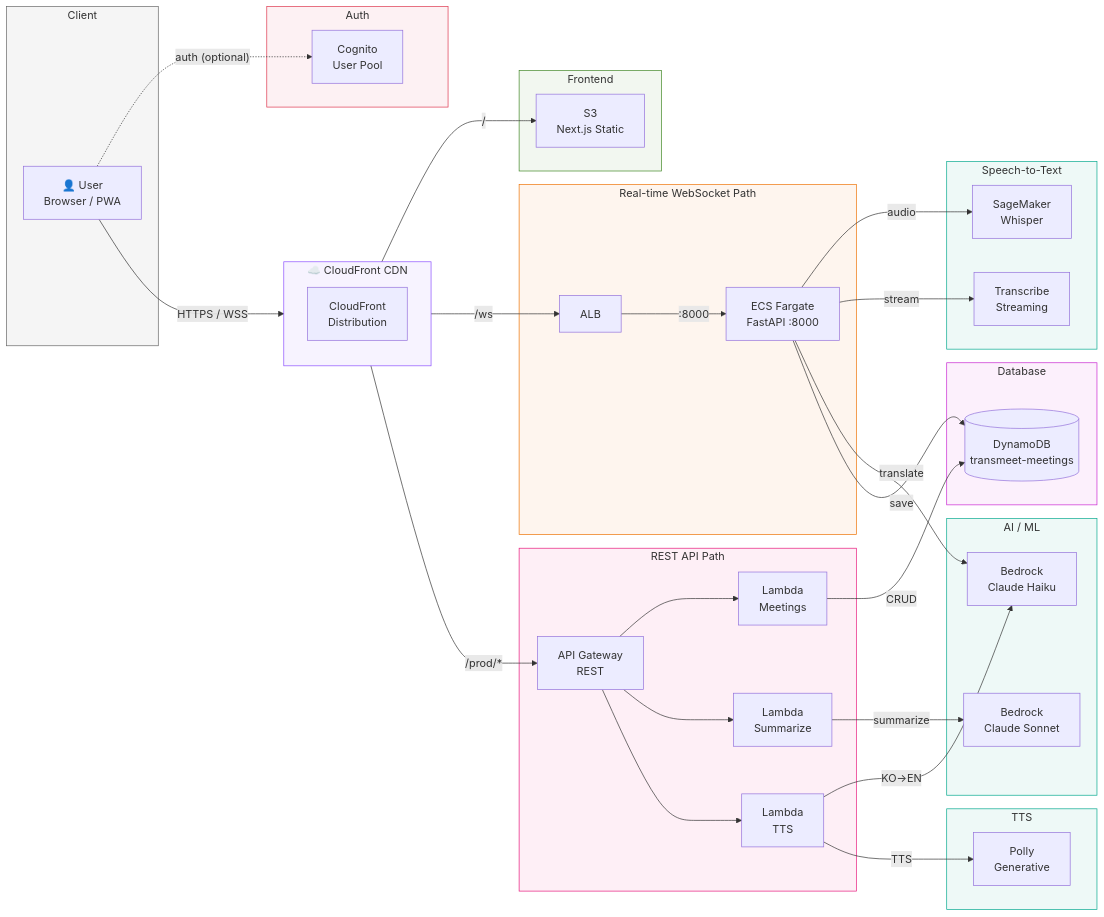
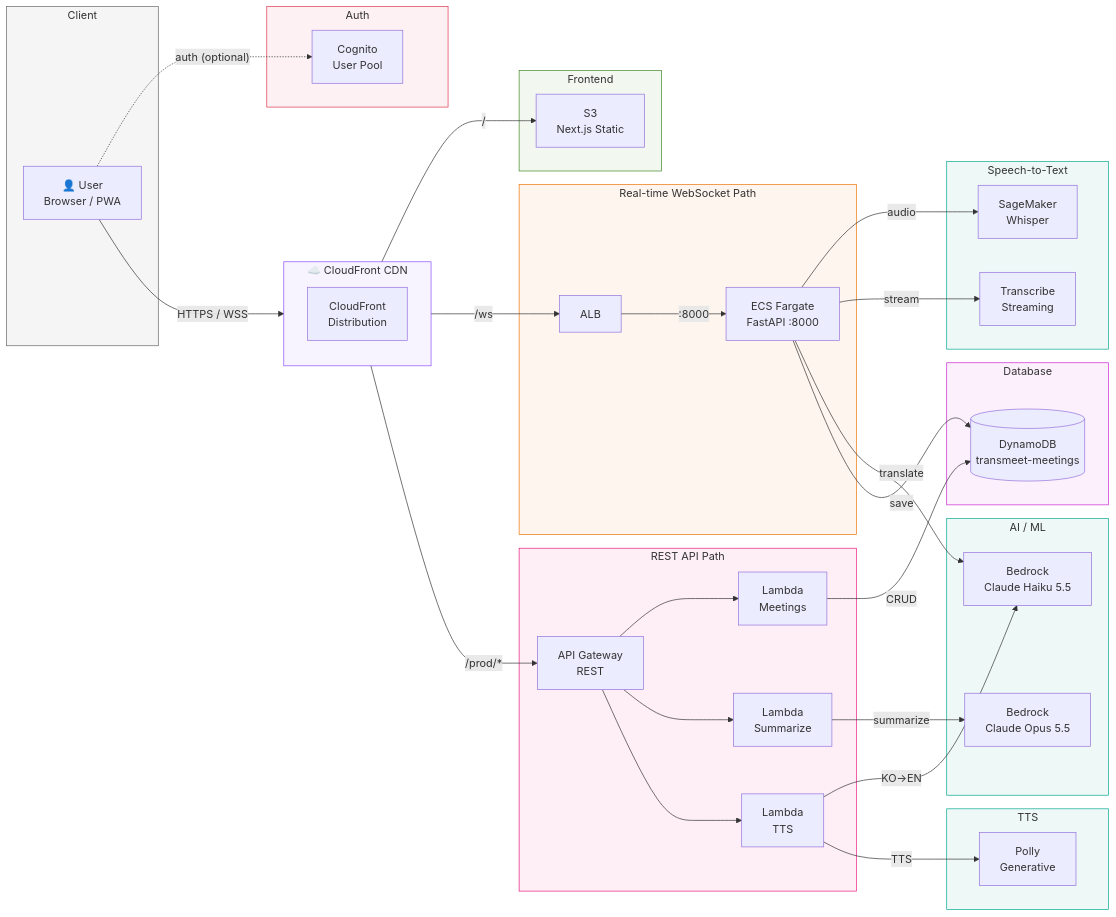
One commit to hi-space/transmeet changed the diagram in README.md. Above: the diagram before and after it, drawn with Mermaid. The commit also changed other lines of this file and 44 other files, not shown here.

````diff
--- a/README.md
+++ b/README.md
@@ -216,78 +272,78 @@
 ```mermaid
 graph LR
   subgraph Client
     U[👤 User<br/>Browser / PWA]
   end
 
   subgraph CF[☁️ CloudFront CDN]
     direction TB
     CF_MAIN[CloudFront<br/>Distribution]
   end
 
   subgraph Frontend
     S3[S3<br/>Next.js Static]
   end
 
   subgraph Auth
     COG[Cognito<br/>User Pool]
   end
 
   subgraph WS_Path[Real-time WebSocket Path]
     ALB[ALB]
     ECS[ECS Fargate<br/>FastAPI :8000]
   end
 
   subgraph STT[Speech-to-Text]
     SM[SageMaker<br/>Whisper]
     TR[Transcribe<br/>Streaming]
   end
 
   subgraph AI[AI / ML]
-    BR[Bedrock<br/>Claude Haiku]
-    BR_S[Bedrock<br/>Claude Sonnet]
+    BR[Bedrock<br/>Claude Haiku 5.5]
+    BR_S[Bedrock<br/>Claude Opus 5.5]
   end
 
   subgraph REST_Path[REST API Path]
     APIGW[API Gateway<br/>REST]
     L1[Lambda<br/>Meetings]
     L2[Lambda<br/>Summarize]
     L3[Lambda<br/>TTS]
   end
 
   subgraph TTS
     PO[Polly<br/>Generative]
   end
 
   subgraph DB[Database]
     DDB[(DynamoDB<br/>transmeet-meetings)]
   end
 
   U -- "HTTPS / WSS" --> CF_MAIN
   U -. "auth (optional)" .-> COG
   CF_MAIN -- "/" --> S3
   CF_MAIN -- "/ws" --> ALB
   CF_MAIN -- "/prod/*" --> APIGW
   ALB -- ":8000" --> ECS
   ECS -- "audio" --> SM
   ECS -- "stream" --> TR
   ECS -- "translate" --> BR
   ECS -- "save" --> DDB
   APIGW --> L1
   APIGW --> L2
   APIGW --> L3
   L1 -- "CRUD" --> DDB
   L2 -- "summarize" --> BR_S
   L3 -- "KO→EN" --> BR
   L3 -- "TTS" --> PO
 
   style Client fill:#f5f5f5,stroke:#666,color:#333
   style CF fill:#8C4FFF11,stroke:#8C4FFF
   style Frontend fill:#3F862411,stroke:#3F8624
   style Auth fill:#DD344C11,stroke:#DD344C
   style WS_Path fill:#ED710011,stroke:#ED7100
   style STT fill:#01A88D11,stroke:#01A88D
   style AI fill:#01A88D11,stroke:#01A88D
   style REST_Path fill:#E7157B11,stroke:#E7157B
   style TTS fill:#01A88D11,stroke:#01A88D
   style DB fill:#C925D111,stroke:#C925D1
 ```
````
